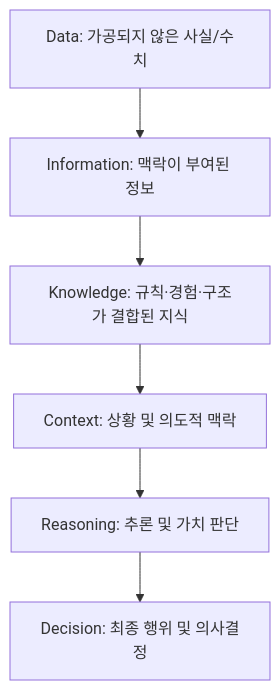
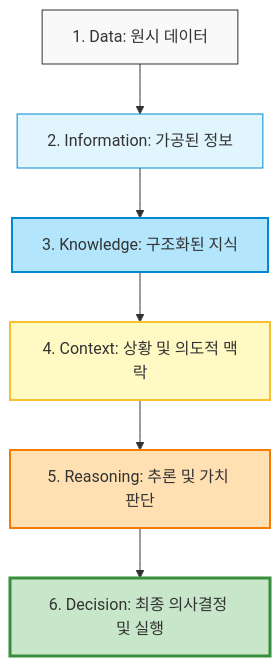
Before and after one commit to chaehwanli/bifacewiki: the first of 2 diagrams in .doc/0802_human_ai_knowledge_architecture.md, drawn with Mermaid. The commit also changed other lines of this file and 1 other file, not shown here.

Commit message:
.doc/0802_human_ai_knowledge_architecture.md  문서의 서술을 훨씬 풍부하게 확장하고, 주요 전문 용어들에 대한 상세한 해설을 보강

````diff
--- a/.doc/0802_human_ai_knowledge_architecture.md
+++ b/.doc/0802_human_ai_knowledge_architecture.md
@@ -14,8 +33,15 @@
 ```mermaid
 graph TD
-    Data[Data: 가공되지 않은 사실/수치] --> Information[Information: 맥락이 부여된 정보]
-    Information --> Knowledge[Knowledge: 규칙·경험·구조가 결합된 지식]
-    Knowledge --> Context[Context: 상황 및 의도적 맥락]
-    Context --> Reasoning[Reasoning: 추론 및 가치 판단]
-    Reasoning --> Decision[Decision: 최종 행위 및 의사결정]
+    Data[1. Data: 원시 데이터] --> Information[2. Information: 가공된 정보]
+    Information --> Knowledge[3. Knowledge: 구조화된 지식]
+    Knowledge --> Context[4. Context: 상황 및 의도적 맥락]
+    Context --> Reasoning[5. Reasoning: 추론 및 가치 판단]
+    Reasoning --> Decision[6. Decision: 최종 의사결정 및 실행]
+    
+    style Data fill:#f9f9f9,stroke:#333,stroke-width:1px
+    style Information fill:#e1f5fe,stroke:#0288d1,stroke-width:1px
+    style Knowledge fill:#b3e5fc,stroke:#0288d1,stroke-width:2px
+    style Context fill:#fff9c4,stroke:#fbc02d,stroke-width:2px
+    style Reasoning fill:#ffe0b2,stroke:#f57c00,stroke-width:2px
+    style Decision fill:#c8e6c9,stroke:#388e3c,stroke-width:3px
 ```
````
